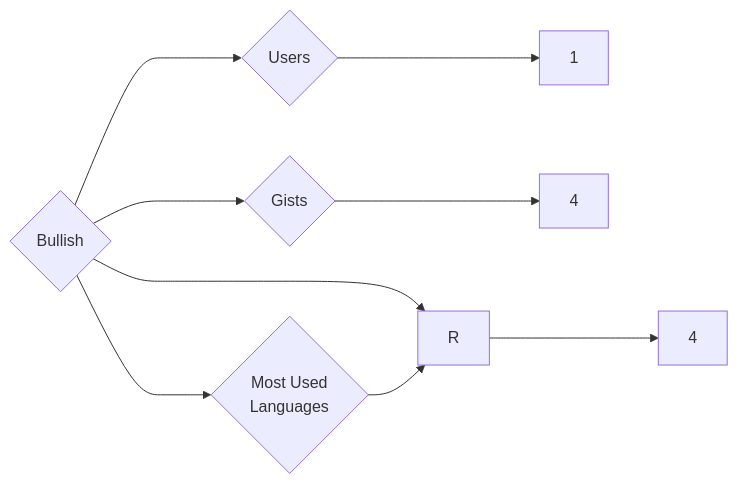
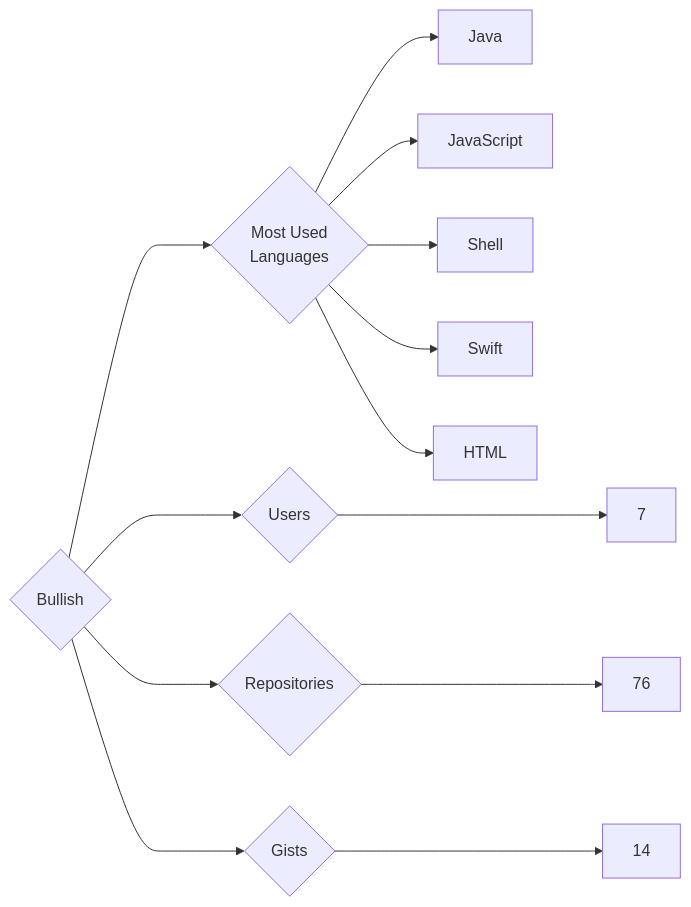
Before and after one commit to trickest/insiders: the diagram in targets/Bullish/README.md, drawn with Mermaid. The commit also changed 1166 other files, not shown here.

````diff
--- a/targets/Bullish/README.md
+++ b/targets/Bullish/README.md
@@ -3,9 +3,13 @@
 ```mermaid
 graph LR
 COMPANY_NAME{Bullish}
-COMPANY_NAME ---> U{Users} ---> UN[1]
-COMPANY_NAME ---> R{Repositories} ---> RN[4]
-COMPANY_NAME ---> G{Gists} ---> GN[4]
+COMPANY_NAME ---> U{Users} ---> UN[7]
+COMPANY_NAME ---> R{Repositories} ---> RN[76]
+COMPANY_NAME ---> G{Gists} ---> GN[14]
 COMPANY_NAME ---> ML{Most Used<br>Languages}
-ML --> R[R]
+ML --> Java[Java]
+ML --> JavaScript[JavaScript]
+ML --> Shell[Shell]
+ML --> Swift[Swift]
+ML --> HTML[HTML]
 ```
````
